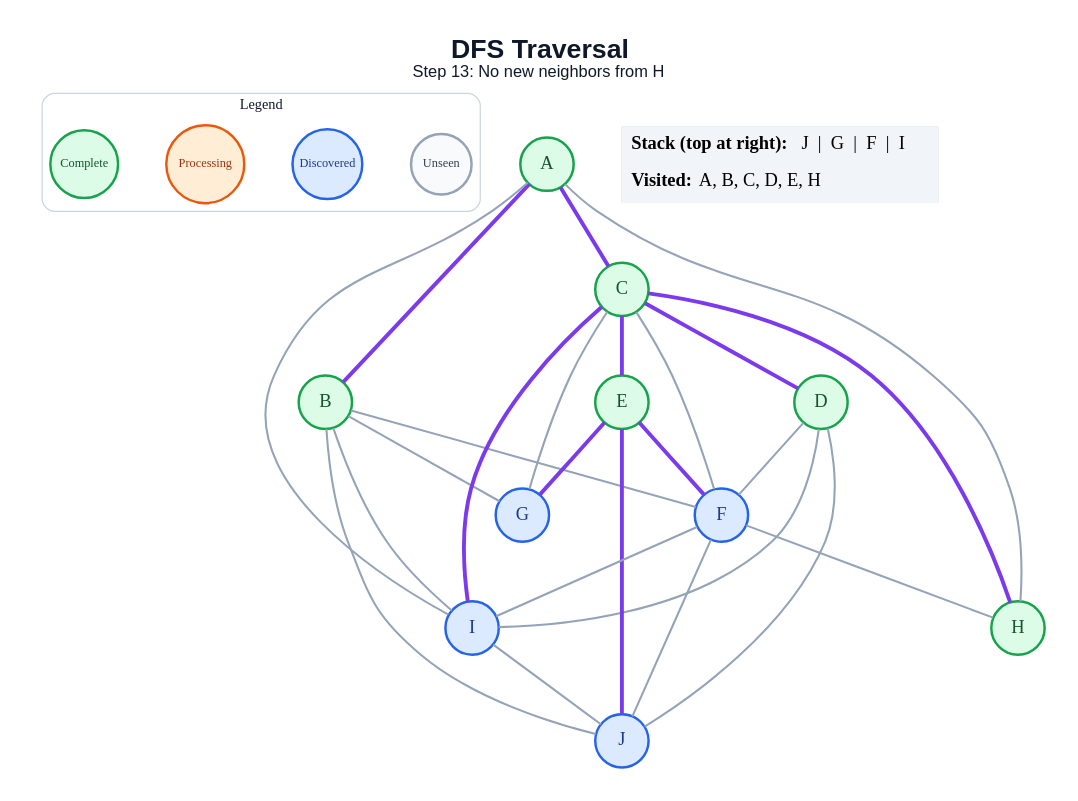
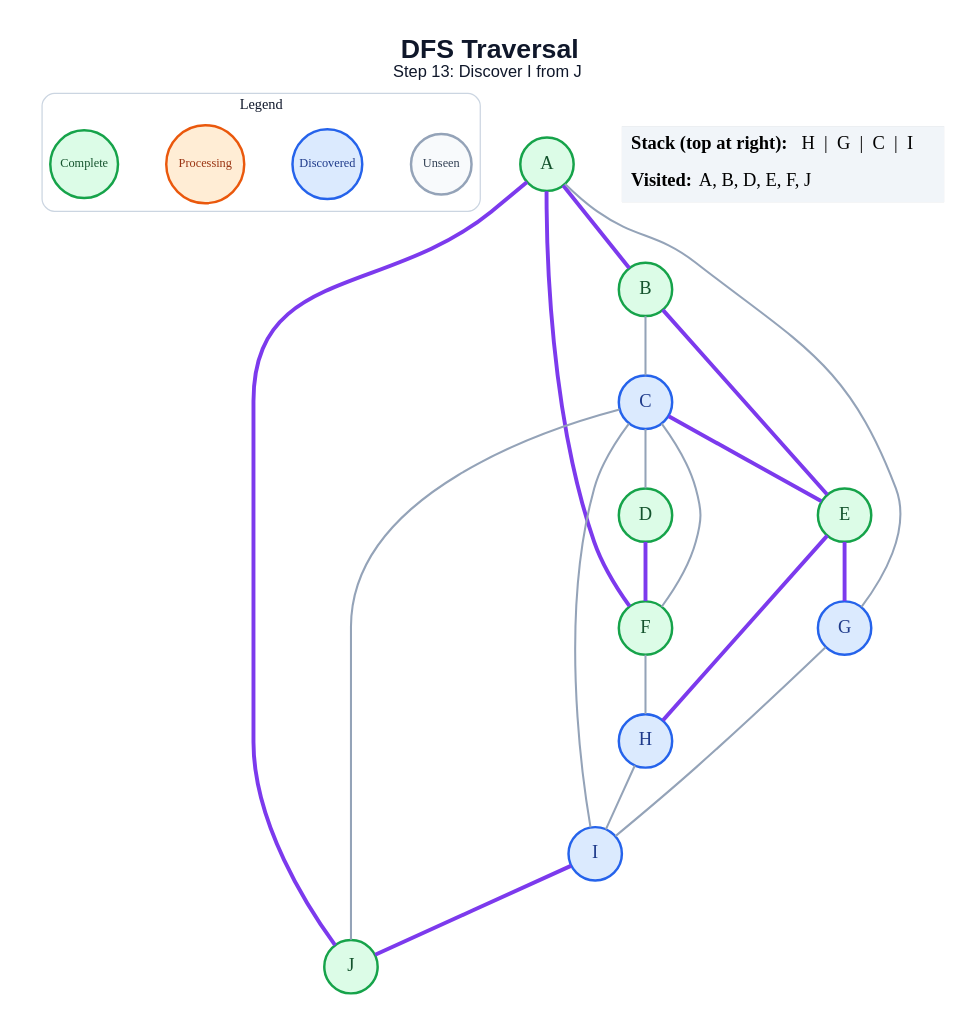
The diagram in generated/specific-node/dfs/step_13.dot (amanghodawala9/ai-slop), drawn with Graphviz before and after one commit. The commit also changed 178 other files, not shown here.

```diff
--- a/generated/specific-node/dfs/step_13.dot
+++ b/generated/specific-node/dfs/step_13.dot
@@ -1,53 +1,47 @@
 graph traversal {
   graph [layout=dot, rankdir=TB, bgcolor="#FFFFFF", pad="0.35", nodesep="0.65", ranksep="0.8", fontname="Arial"];
   node [shape=circle, style="filled", fontname="Arial Bold", fontsize=18, width=0.72, fixedsize=true, penwidth=2.4];
   edge [color="#94A3B8", penwidth=2.0];
-  label=<<B>DFS Traversal</B><BR/><FONT POINT-SIZE="16">Step 13: No new neighbors from H</FONT>>; labelloc="t"; fontsize=26; fontname="Arial"; fontcolor="#0F172A";
+  label=<<B>DFS Traversal</B><BR/><FONT POINT-SIZE="16">Step 13: Discover I from J</FONT>>; labelloc="t"; fontsize=26; fontname="Arial"; fontcolor="#0F172A";
   subgraph cluster_legend { label="Legend"; color="#CBD5E1"; penwidth=1.2; style="rounded"; fontsize=14; fontname="Arial Bold";
     key_unseen [label="Unseen", fillcolor="#F8FAFC", color="#94A3B8", fontcolor="#334155", fontsize=12, width=0.82];
     key_frontier [label="Discovered", fillcolor="#DBEAFE", color="#2563EB", fontcolor="#1E3A8A", fontsize=12, width=0.95];
     key_current [label="Processing", fillcolor="#FFEDD5", color="#EA580C", fontcolor="#9A3412", fontsize=12, width=1.05];
     key_done [label="Complete", fillcolor="#DCFCE7", color="#16A34A", fontcolor="#14532D", fontsize=12, width=0.92];
     { rank=same; key_unseen; key_frontier; key_current; key_done; }
   }
   A [fillcolor="#DCFCE7", color="#16A34A", fontcolor="#14532D"];
   B [fillcolor="#DCFCE7", color="#16A34A", fontcolor="#14532D"];
-  C [fillcolor="#DCFCE7", color="#16A34A", fontcolor="#14532D"];
+  C [fillcolor="#DBEAFE", color="#2563EB", fontcolor="#1E3A8A"];
   D [fillcolor="#DCFCE7", color="#16A34A", fontcolor="#14532D"];
   E [fillcolor="#DCFCE7", color="#16A34A", fontcolor="#14532D"];
-  F [fillcolor="#DBEAFE", color="#2563EB", fontcolor="#1E3A8A"];
+  F [fillcolor="#DCFCE7", color="#16A34A", fontcolor="#14532D"];
   G [fillcolor="#DBEAFE", color="#2563EB", fontcolor="#1E3A8A"];
-  H [fillcolor="#DCFCE7", color="#16A34A", fontcolor="#14532D"];
+  H [fillcolor="#DBEAFE", color="#2563EB", fontcolor="#1E3A8A"];
   I [fillcolor="#DBEAFE", color="#2563EB", fontcolor="#1E3A8A"];
-  J [fillcolor="#DBEAFE", color="#2563EB", fontcolor="#1E3A8A"];
+  J [fillcolor="#DCFCE7", color="#16A34A", fontcolor="#14532D"];
   A -- B [color="#7C3AED", penwidth=3.8];
-  A -- C [color="#7C3AED", penwidth=3.8];
-  A -- H;
-  A -- I;
-  B -- F;
-  B -- G;
-  B -- I;
-  B -- J;
-  C -- D [color="#7C3AED", penwidth=3.8];
+  A -- F [color="#7C3AED", penwidth=3.8];
+  A -- G;
+  A -- J [color="#7C3AED", penwidth=3.8];
+  B -- C;
+  B -- E [color="#7C3AED", penwidth=3.8];
+  C -- D;
   C -- E [color="#7C3AED", penwidth=3.8];
   C -- F;
-  C -- G;
-  C -- H [color="#7C3AED", penwidth=3.8];
-  C -- I [color="#7C3AED", penwidth=3.8];
-  D -- F;
-  D -- I;
-  D -- J;
-  E -- F [color="#7C3AED", penwidth=3.8];
+  C -- I;
+  C -- J;
+  D -- F [color="#7C3AED", penwidth=3.8];
   E -- G [color="#7C3AED", penwidth=3.8];
-  E -- J [color="#7C3AED", penwidth=3.8];
+  E -- H [color="#7C3AED", penwidth=3.8];
   F -- H;
-  F -- I;
-  F -- J;
-  I -- J;
+  G -- I;
+  H -- I;
+  I -- J [color="#7C3AED", penwidth=3.8];
   status [shape=plain, fixedsize=false, width=0, height=0, margin=0, label=<
     <TABLE BORDER="0" CELLBORDER="0" CELLPADDING="7" BGCOLOR="#F1F5F9">
-      <TR><TD ALIGN="LEFT"><B>Stack (top at right):</B> J  |  G  |  F  |  I</TD></TR>
-      <TR><TD ALIGN="LEFT"><B>Visited:</B> A, B, C, D, E, H</TD></TR>
+      <TR><TD ALIGN="LEFT"><B>Stack (top at right):</B> H  |  G  |  C  |  I</TD></TR>
+      <TR><TD ALIGN="LEFT"><B>Visited:</B> A, B, D, E, F, J</TD></TR>
     </TABLE>
   >];
 }
```
